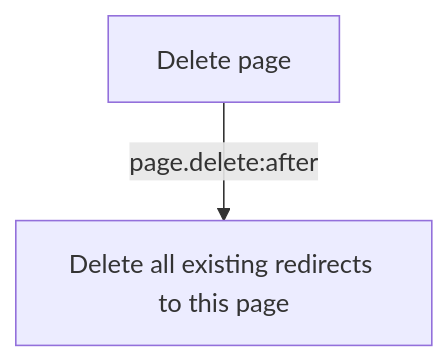
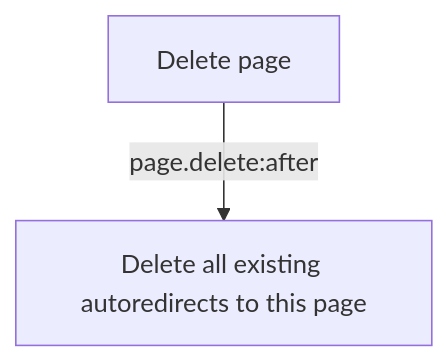
One commit to bvdputte/kirby-redirects changed the fifth of 5 diagrams in readme.md. Above: the diagram before and after it, drawn with Mermaid. The commit also changed other lines of this file, not shown here.

````diff
--- a/readme.md
+++ b/readme.md
@@ -126,4 +126,4 @@
 ```mermaid
 graph TD
-    A[Delete page] -->|page.delete:after| B[Delete all existing redirects to this page]
+    A[Delete page] -->|page.delete:after| B[Delete all existing autoredirects to this page]
 ```
````
